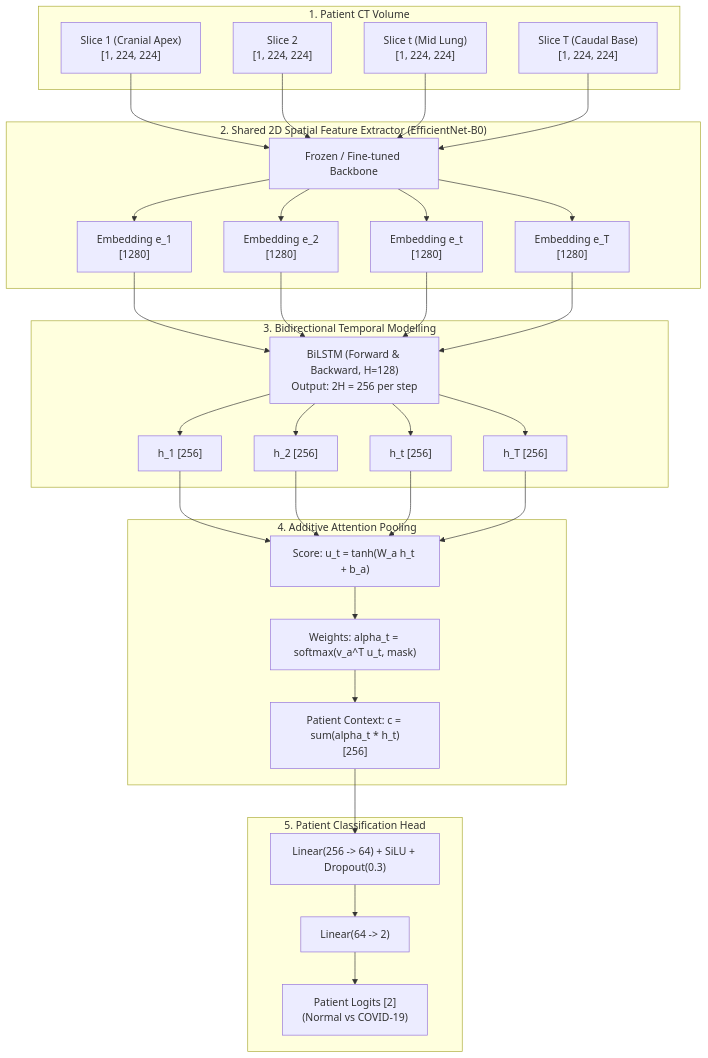
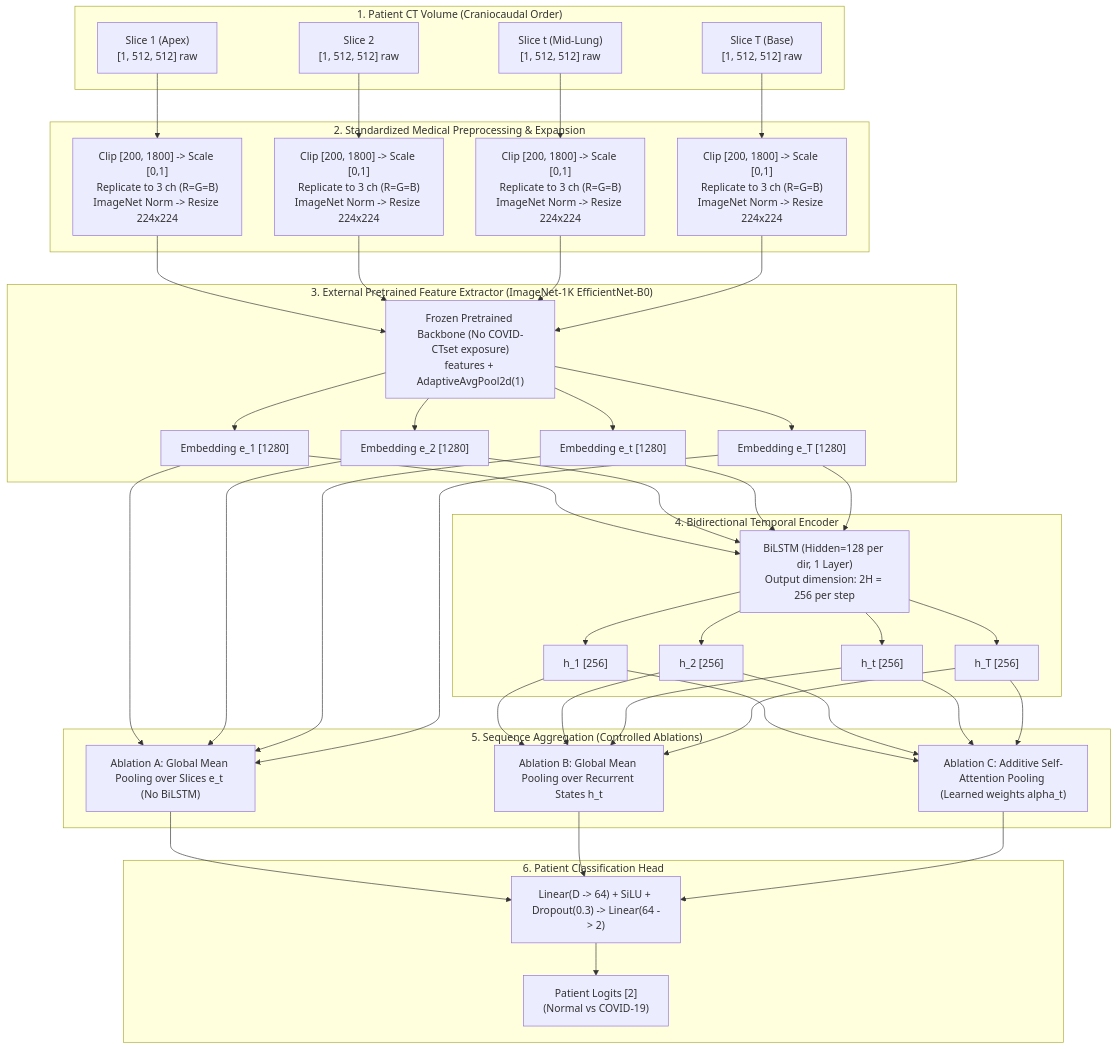
One commit to geetikavasistha-01/PulmoVision changed the diagram in docs/research/cnn_bilstm_architecture.md. Above: the diagram before and after it, drawn with Mermaid. The commit also changed other lines of this file and 1 other file, not shown here.

Commit message:
docs: finalize Stage 2 CNN-BiLSTM architecture and nested CV protocol

````diff
--- a/docs/research/cnn_bilstm_architecture.md
+++ b/docs/research/cnn_bilstm_architecture.md
@@ -27,45 +24,57 @@
 ```mermaid
 flowchart TD
-    subgraph Input ["1. Patient CT Volume"]
-        S1["Slice 1 (Cranial Apex)\n[1, 224, 224]"]
-        S2["Slice 2\n[1, 224, 224]"]
-        St["Slice t (Mid Lung)\n[1, 224, 224]"]
-        ST["Slice T (Caudal Base)\n[1, 224, 224]"]
+    subgraph Input ["1. Patient CT Volume (Craniocaudal Order)"]
+        S1["Slice 1 (Apex)\n[1, 512, 512] raw"]
+        S2["Slice 2\n[1, 512, 512] raw"]
+        St["Slice t (Mid-Lung)\n[1, 512, 512] raw"]
+        ST["Slice T (Base)\n[1, 512, 512] raw"]
     end
 
-    subgraph CNN ["2. Shared 2D Spatial Feature Extractor (EfficientNet-B0)"]
-        F1["Frozen / Fine-tuned Backbone"]
-        E1["Embedding e_1\n[1280]"]
-        E2["Embedding e_2\n[1280]"]
-        Et["Embedding e_t\n[1280]"]
-        ET["Embedding e_T\n[1280]"]
+    subgraph Preproc ["2. Standardized Medical Preprocessing & Expansion"]
+        P1["Clip [200, 1800] -> Scale [0,1]\nReplicate to 3 ch (R=G=B)\nImageNet Norm -> Resize 224x224"]
+        P2["Clip [200, 1800] -> Scale [0,1]\nReplicate to 3 ch (R=G=B)\nImageNet Norm -> Resize 224x224"]
+        Pt["Clip [200, 1800] -> Scale [0,1]\nReplicate to 3 ch (R=G=B)\nImageNet Norm -> Resize 224x224"]
+        PT["Clip [200, 1800] -> Scale [0,1]\nReplicate to 3 ch (R=G=B)\nImageNet Norm -> Resize 224x224"]
     end
 
-    subgraph BiLSTM ["3. Bidirectional Temporal Modelling"]
-        BL["BiLSTM (Forward & Backward, H=128)\nOutput: 2H = 256 per step"]
+    subgraph CNN ["3. External Pretrained Feature Extractor (ImageNet-1K EfficientNet-B0)"]
+        Backbone["Frozen Pretrained Backbone (No COVID-CTset exposure)\nfeatures + AdaptiveAvgPool2d(1)"]
+        E1["Embedding e_1 [1280]"]
+        E2["Embedding e_2 [1280]"]
+        Et["Embedding e_t [1280]"]
+        ET["Embedding e_T [1280]"]
+    end
+
+    subgraph BiLSTM ["4. Bidirectional Temporal Encoder"]
+        BL["BiLSTM (Hidden=128 per dir, 1 Layer)\nOutput dimension: 2H = 256 per step"]
         H1["h_1 [256]"]
         H2["h_2 [256]"]
         Ht["h_t [256]"]
         HT["h_T [256]"]
     end
 
-    subgraph Attn ["4. Additive Attention Pooling"]
-        Score["Score: u_t = tanh(W_a h_t + b_a)"]
-        Softmax["Weights: alpha_t = softmax(v_a^T u_t, mask)"]
-        Context["Patient Context: c = sum(alpha_t * h_t)\n[256]"]
+    subgraph Agg ["5. Sequence Aggregation (Controlled Ablations)"]
+        PoolA["Ablation A: Global Mean Pooling over Slices e_t (No BiLSTM)"]
+        PoolB["Ablation B: Global Mean Pooling over Recurrent States h_t"]
+        PoolC["Ablation C: Additive Self-Attention Pooling (Learned weights alpha_t)"]
     end
 
-    subgraph Head ["5. Patient Classification Head"]
-        FC1["Linear(256 -> 64) + SiLU + Dropout(0.3)"]
-        FC2["Linear(64 -> 2)"]
+    subgraph Head ["6. Patient Classification Head"]
+        FC["Linear(D -> 64) + SiLU + Dropout(0.3) -> Linear(64 -> 2)"]
         Out["Patient Logits [2]\n(Normal vs COVID-19)"]
     end
 
-    S1 --> F1 --> E1 --> BL --> H1 --> Score
-    S2 --> F1 --> E2 --> BL --> H2 --> Score
-    St --> F1 --> Et --> BL --> Ht --> Score
-    ST --> F1 --> ET --> BL --> HT --> Score
+    S1 --> P1 --> Backbone --> E1
+    S2 --> P2 --> Backbone --> E2
+    St --> Pt --> Backbone --> Et
+    ST --> PT --> Backbone --> ET
 
-    Score --> Softmax --> Context
-    Context --> FC1 --> FC2 --> Out
+    E1 & E2 & Et & ET --> BL
+    BL --> H1 & H2 & Ht & HT
+
+    E1 & E2 & Et & ET --> PoolA
+    H1 & H2 & Ht & HT --> PoolB
+    H1 & H2 & Ht & HT --> PoolC
+
+    PoolA & PoolB & PoolC --> FC --> Out
 ```
````
